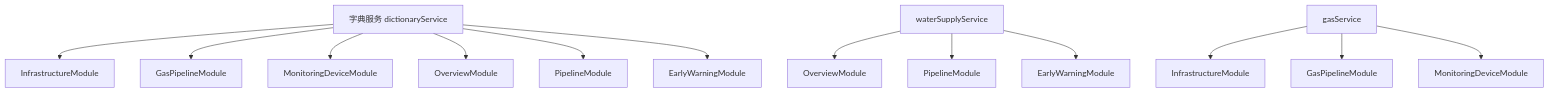
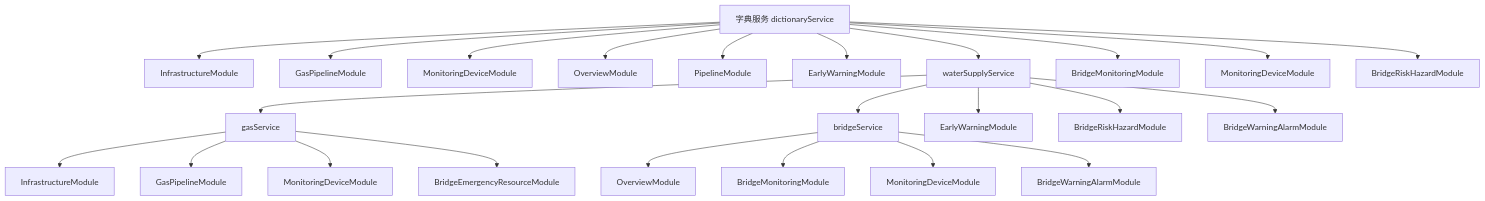
The ninth of 9 diagrams in .qoder/repowiki/zh/content/专项监测模块/专项监测模块.md (zhibo1997/government-dashboard), drawn with Mermaid before and after one commit. The commit also changed other lines of this file and 3 other files, not shown here.

````diff
--- a/.qoder/repowiki/zh/content/专项监测模块/专项监测模块.md
+++ b/.qoder/repowiki/zh/content/专项监测模块/专项监测模块.md
@@ -253,15 +390,26 @@
 ```mermaid
 graph TD
 A[字典服务 dictionaryService] --> B[InfrastructureModule]
 A --> C[GasPipelineModule]
 A --> D[MonitoringDeviceModule]
 A --> E[OverviewModule]
 A --> F[PipelineModule]
 A --> G[EarlyWarningModule]
-H[waterSupplyService] --> I[OverviewModule]
-H --> J[PipelineModule]
-H --> K[EarlyWarningModule]
-L[gasService] --> M[InfrastructureModule]
-L --> N[GasPipelineModule]
-L --> O[MonitoringDeviceModule]
+A --> H[OverviewModule]
+A --> I[BridgeMonitoringModule]
+A --> J[MonitoringDeviceModule]
+A --> K[BridgeRiskHazardModule]
+H[waterSupplyService] --> L[OverviewModule]
+H --> M[PipelineModule]
+H --> N[EarlyWarningModule]
+H --> O[BridgeRiskHazardModule]
+H --> P[BridgeWarningAlarmModule]
+L[gasService] --> Q[InfrastructureModule]
+L --> R[GasPipelineModule]
+L --> S[MonitoringDeviceModule]
+L --> T[BridgeEmergencyResourceModule]
+M[bridgeService] --> U[OverviewModule]
+M --> V[BridgeMonitoringModule]
+M --> W[MonitoringDeviceModule]
+M --> X[BridgeWarningAlarmModule]
 ```
````
